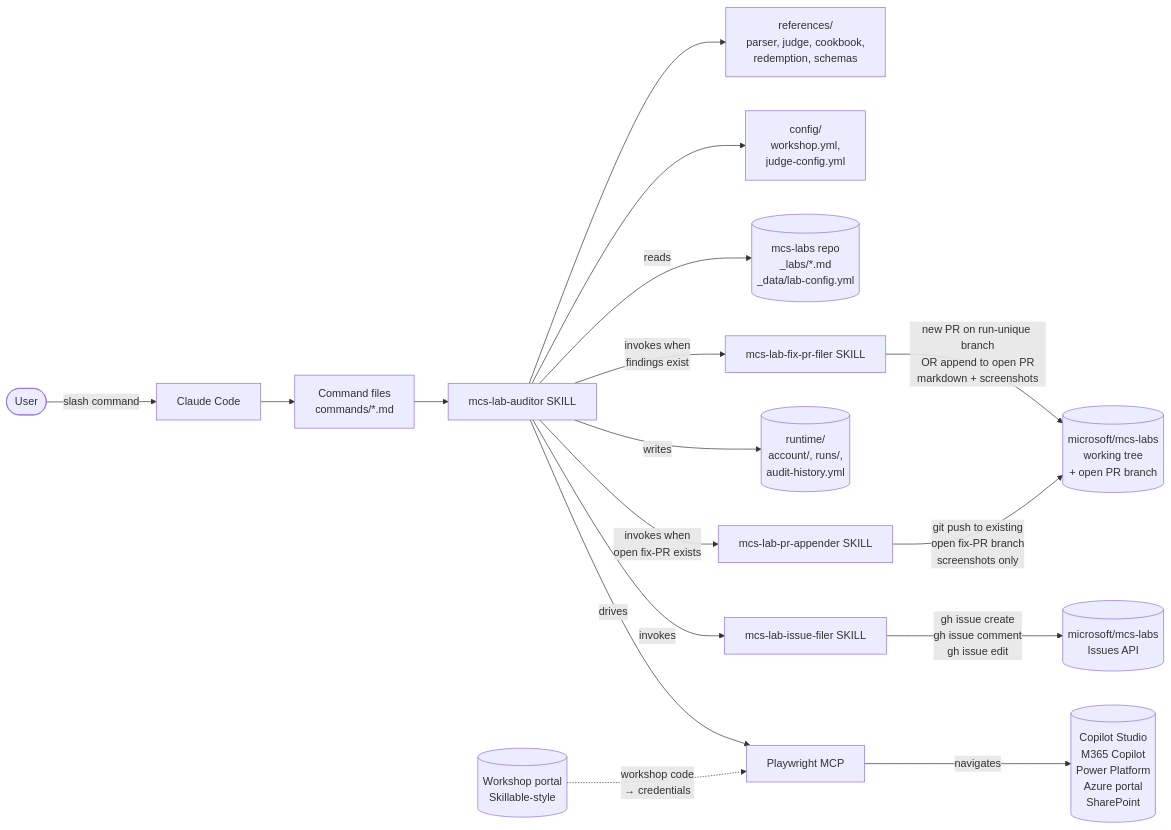
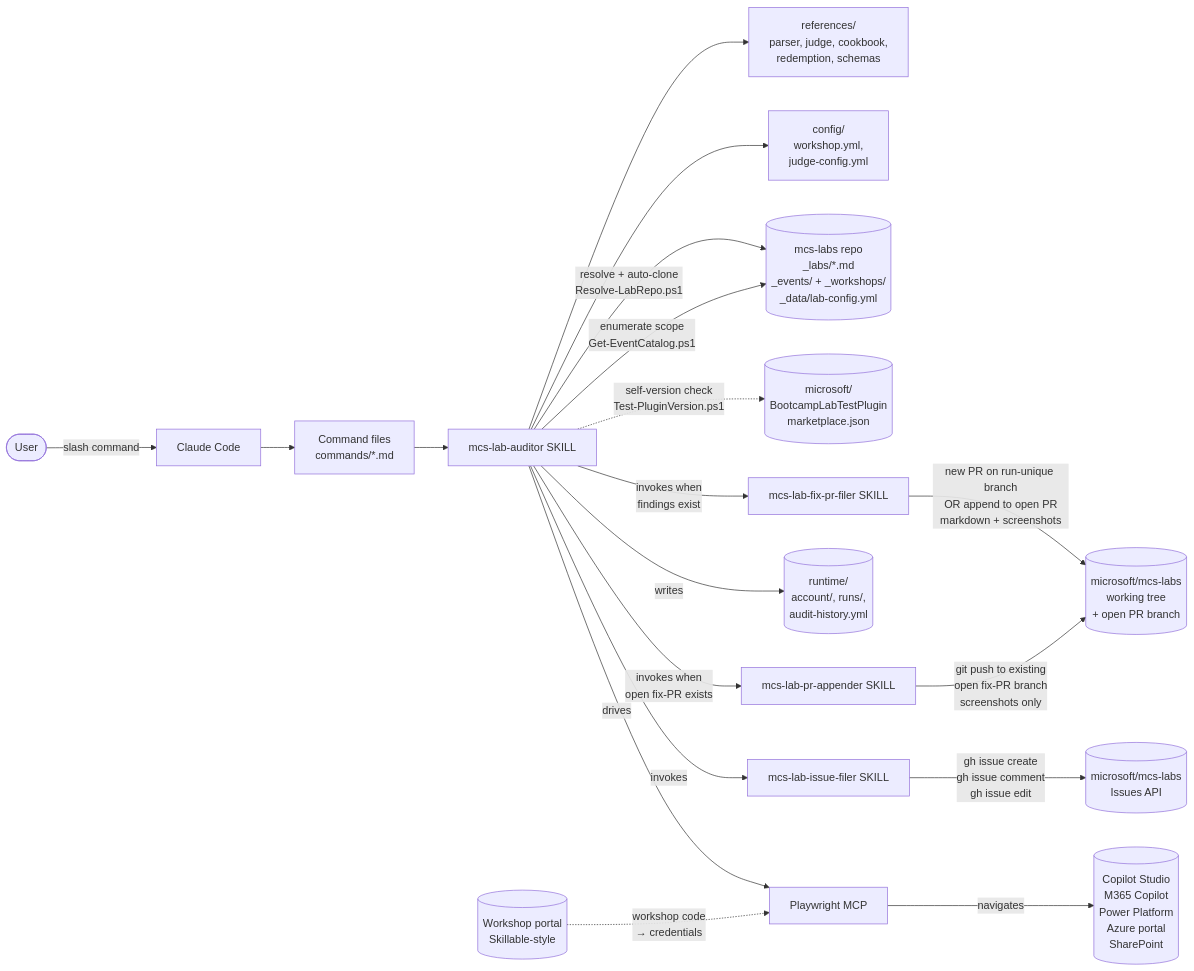
Before and after one commit to aprildunnam/AgentAcademyLabTestPlugin: the first of 6 diagrams in docs/architecture.md, drawn with Mermaid. The commit also changed other lines of this file and 20 other files, not shown here.

First line of the commit message:
Events+workshops scope, portable paths, self-version check (v0.6.0)

````diff
--- a/docs/architecture.md
+++ b/docs/architecture.md
@@ -16,19 +16,21 @@
 ```mermaid
 flowchart LR
     User([User]) -->|slash command| CC[Claude Code]
     CC --> Cmd[Command files<br/>commands/*.md]
     Cmd --> Skill[mcs-lab-auditor SKILL]
     Skill --> Refs[references/<br/>parser, judge, cookbook,<br/>redemption, schemas]
     Skill --> Cfg[config/<br/>workshop.yml,<br/>judge-config.yml]
-    Skill -->|reads| Labs[(mcs-labs repo<br/>_labs/*.md<br/>_data/lab-config.yml)]
+    Skill -->|resolve + auto-clone<br/>Resolve-LabRepo.ps1| Labs[(mcs-labs repo<br/>_labs/*.md<br/>_events/ + _workshops/<br/>_data/lab-config.yml)]
+    Skill -->|enumerate scope<br/>Get-EventCatalog.ps1| Labs
+    Skill -.->|self-version check<br/>Test-PluginVersion.ps1| GHPlugin[(microsoft/<br/>BootcampLabTestPlugin<br/>marketplace.json)]
     Skill -->|drives| PW[Playwright MCP]
     PW -->|navigates| Portals[(Copilot Studio<br/>M365 Copilot<br/>Power Platform<br/>Azure portal<br/>SharePoint)]
     Skill -->|writes| Runtime[(runtime/<br/>account/, runs/,<br/>audit-history.yml)]
     Skill -->|invokes| IssueSkill[mcs-lab-issue-filer SKILL]
     Skill -->|invokes when<br/>findings exist| PRFilerSkill[mcs-lab-fix-pr-filer SKILL]
     Skill -->|invokes when<br/>open fix-PR exists| PRSkill[mcs-lab-pr-appender SKILL]
     IssueSkill -->|gh issue create<br/>gh issue comment<br/>gh issue edit| GH[(microsoft/mcs-labs<br/>Issues API)]
     PRFilerSkill -->|new PR on run-unique branch<br/>OR append to open PR<br/>markdown + screenshots| MCSRepo[(microsoft/mcs-labs<br/>working tree<br/>+ open PR branch)]
     PRSkill -->|git push to existing<br/>open fix-PR branch<br/>screenshots only| MCSRepo
     Workshop[(Workshop portal<br/>Skillable-style)] -.->|workshop code<br/>→ credentials| PW
 ```
````
